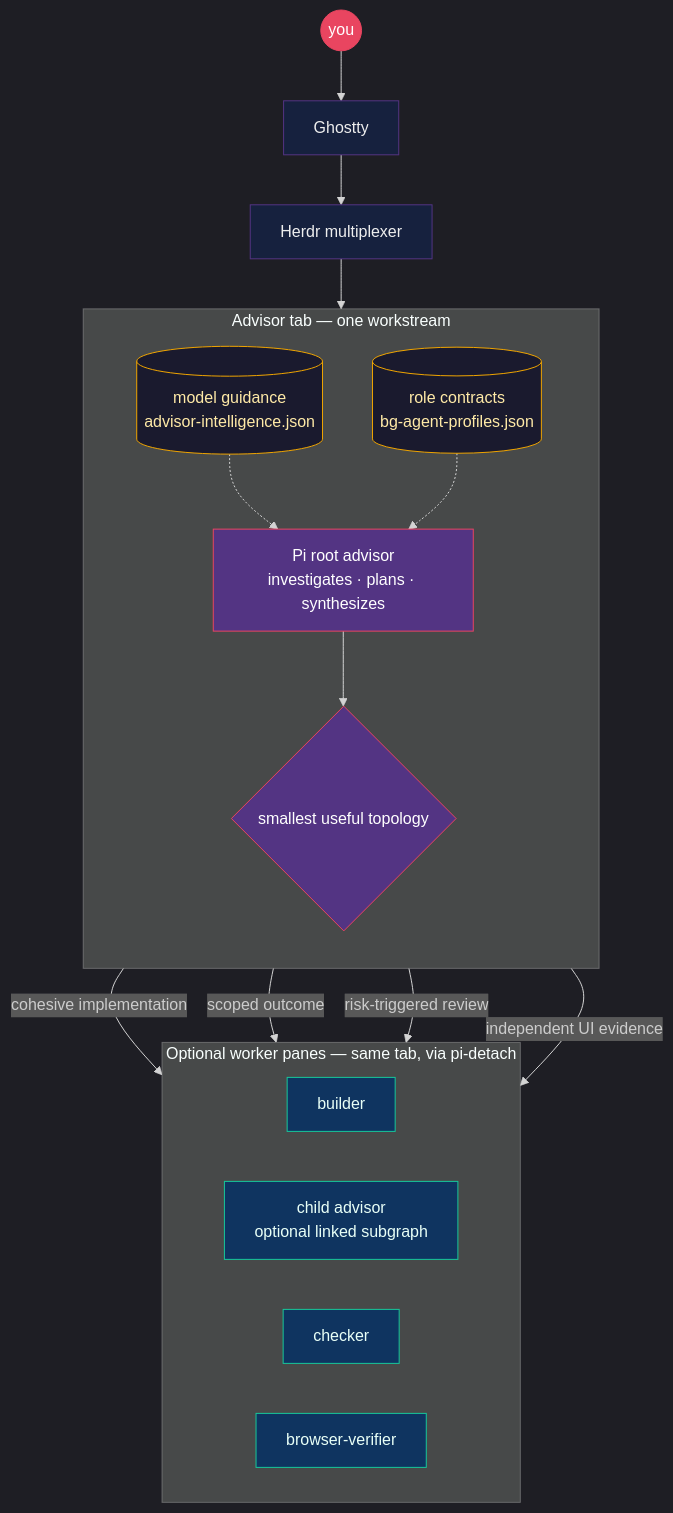
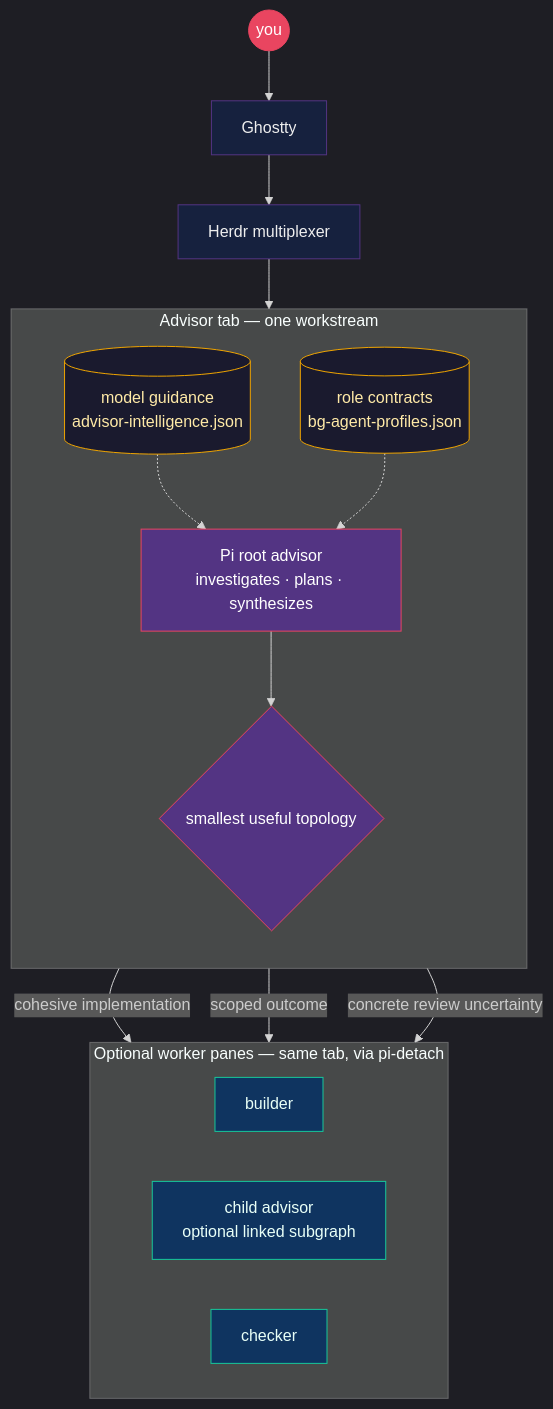
Before and after one commit to nourhelmi/pi-meta-harness: the first of 2 diagrams in README.md, drawn with Mermaid. The commit also changed other lines of this file and 42 other files, not shown here.

````diff
--- a/README.md
+++ b/README.md
@@ -21,49 +21,47 @@
 ```mermaid
 ---
 config:
   theme: dark
   flowchart:
     curve: basis
 ---
 flowchart TB
   You((you)) --> Ghostty[Ghostty]
   Ghostty --> Herdr[Herdr multiplexer]
 
   subgraph tab ["Advisor tab — one workstream"]
     direction TB
     Adv["Pi root advisor\ninvestigates · plans · synthesizes"]
     Guide[("model guidance\nadvisor-intelligence.json")]
     Roles[("role contracts\nbg-agent-profiles.json")]
     Route{"smallest useful topology"}
     Guide -.-> Adv
     Roles -.-> Adv
     Adv --> Route
   end
 
   Herdr --> Adv
 
   subgraph panes ["Optional worker panes — same tab, via pi-detach"]
     direction LR
     Build[builder]
     Child["child advisor\noptional linked subgraph"]
     Check[checker]
-    Browser[browser-verifier]
   end
 
   Route -->|cohesive implementation| Build
   Route -->|scoped outcome| Child
-  Route -->|risk-triggered review| Check
-  Route -->|independent UI evidence| Browser
+  Route -->|concrete review uncertainty| Check
 
   classDef you fill:#e94560,stroke:#e94560,color:#fff
   classDef mux fill:#16213e,stroke:#533483,color:#eee
   classDef advisor fill:#533483,stroke:#e94560,color:#fff
   classDef map fill:#1a1a2e,stroke:#f0a500,color:#ffeaa7
   classDef worker fill:#0f3460,stroke:#16c79a,color:#e8fff7
 
   class You you
   class Ghostty,Herdr mux
   class Adv,Route advisor
   class Guide,Roles map
-  class Build,Child,Check,Browser worker
+  class Build,Child,Check worker
 ```
````
